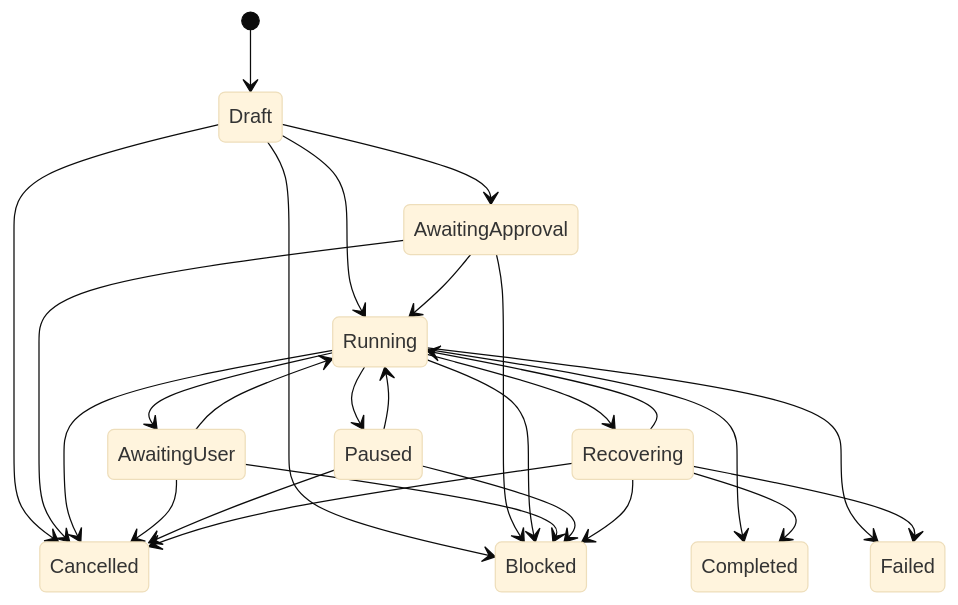
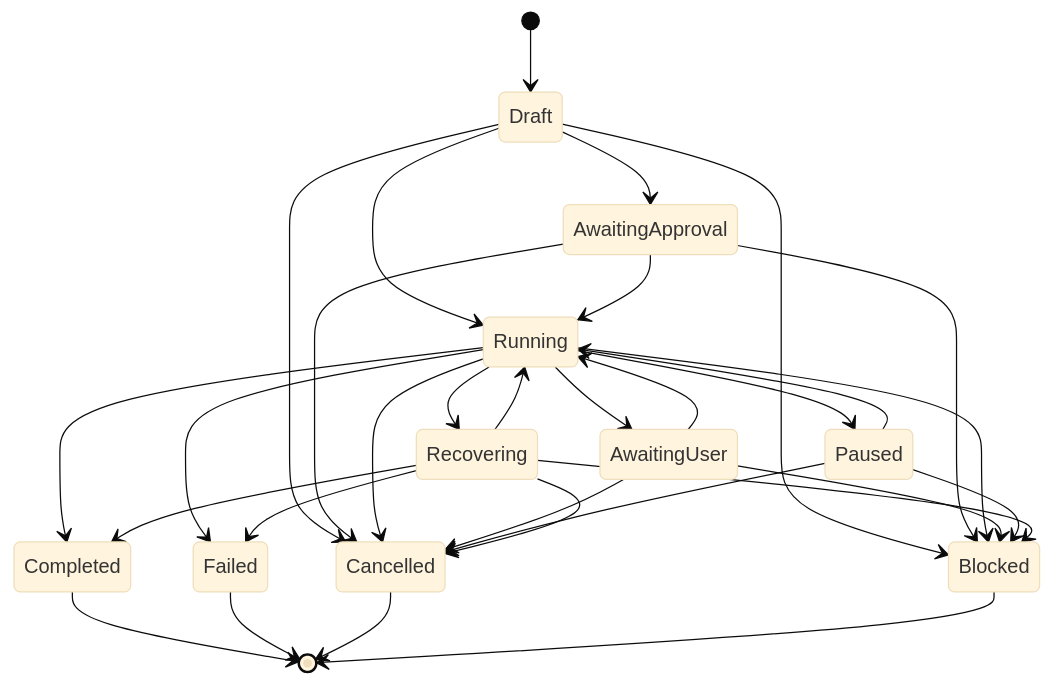
One commit to shiwenwen/hope-agent changed the fourth of 6 diagrams in docs/architecture/workflow.md. Above: the diagram before and after it, drawn with Mermaid (base theme). The commit also changed other lines of this file and 12 other files, not shown here.

````diff
--- a/docs/architecture/workflow.md
+++ b/docs/architecture/workflow.md
@@ -176,29 +267,33 @@
 ```mermaid
 stateDiagram-v2
     [*] --> Draft
     Draft --> AwaitingApproval
     Draft --> Running
     Draft --> Cancelled
     Draft --> Blocked
     AwaitingApproval --> Running
     AwaitingApproval --> Cancelled
     AwaitingApproval --> Blocked
     Running --> AwaitingUser
     Running --> Paused
     Running --> Recovering
     Running --> Completed
     Running --> Failed
     Running --> Cancelled
     Running --> Blocked
     AwaitingUser --> Running
     AwaitingUser --> Cancelled
     AwaitingUser --> Blocked
     Paused --> Running
     Paused --> Cancelled
     Paused --> Blocked
     Recovering --> Running
     Recovering --> Completed
     Recovering --> Failed
     Recovering --> Cancelled
     Recovering --> Blocked
+    Completed --> [*]
+    Failed --> [*]
+    Cancelled --> [*]
+    Blocked --> [*]
 ```
````
